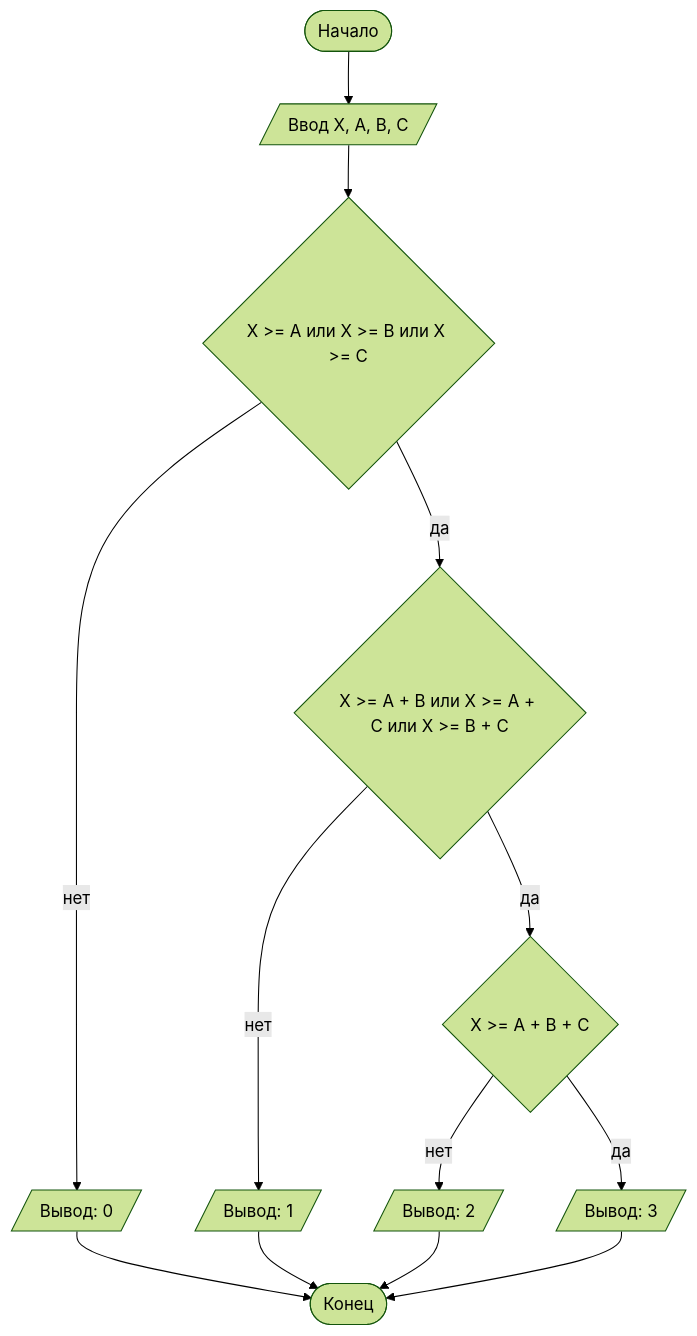
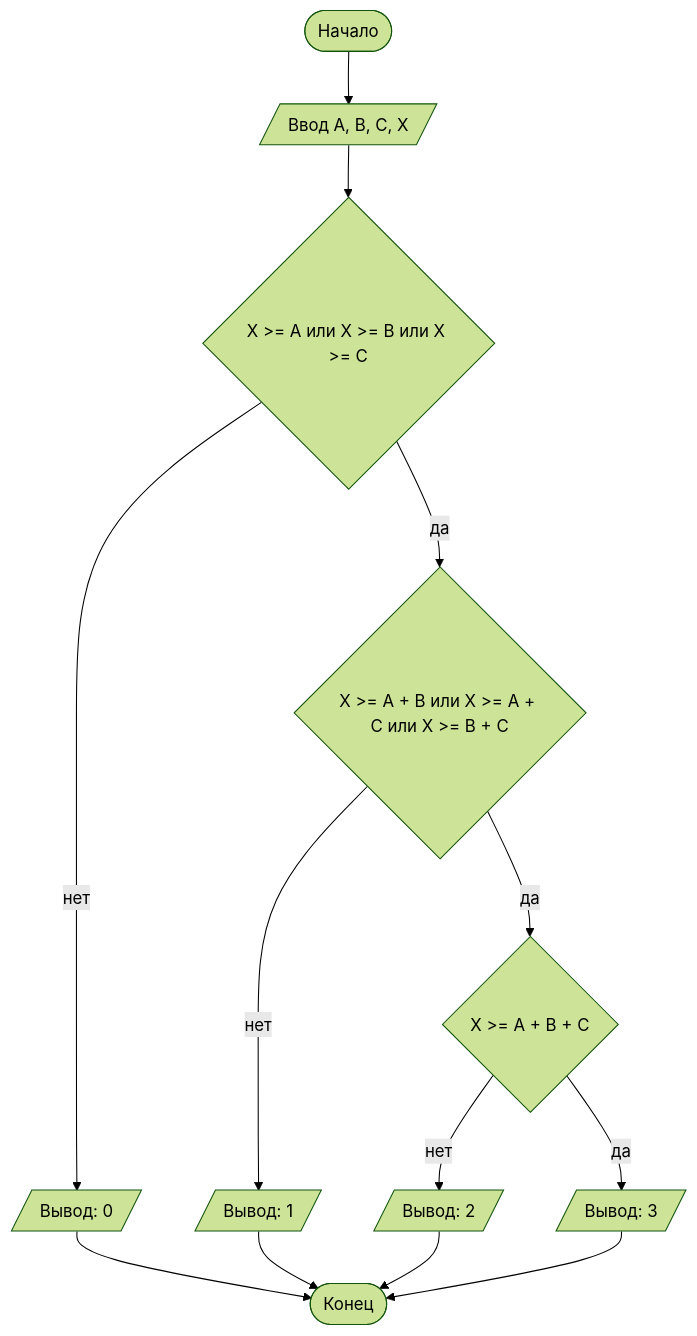
One commit to pm2601student/LAB1 changed the diagram in README.md. Above: the diagram before and after it, drawn with Mermaid (forest theme).

Commit message:
Update input variables in flowchart

````diff
--- a/README.md
+++ b/README.md
@@ -81,15 +81,15 @@
 ```mermaid
 graph TD
-    A([Начало]) --> B[/Ввод X, A, B, C/]
+    A([Начало]) --> B[/Ввод A, B, C, Х/]
     B --> C{X >= A или X >= B или X >= C}
     C -- нет --> D[/Вывод: 0/]
     C -- да --> E{X >= A + B или X >= A + C или X >= B + C}
     E -- нет --> F[/Вывод: 1/]
     E -- да --> G{X >= A + B + C}
     G -- нет --> H[/Вывод: 2/]
     G -- да --> I[/Вывод: 3/]
     D --> Z([Конец])
     F --> Z
     H --> Z
     I --> Z
 ```
````
